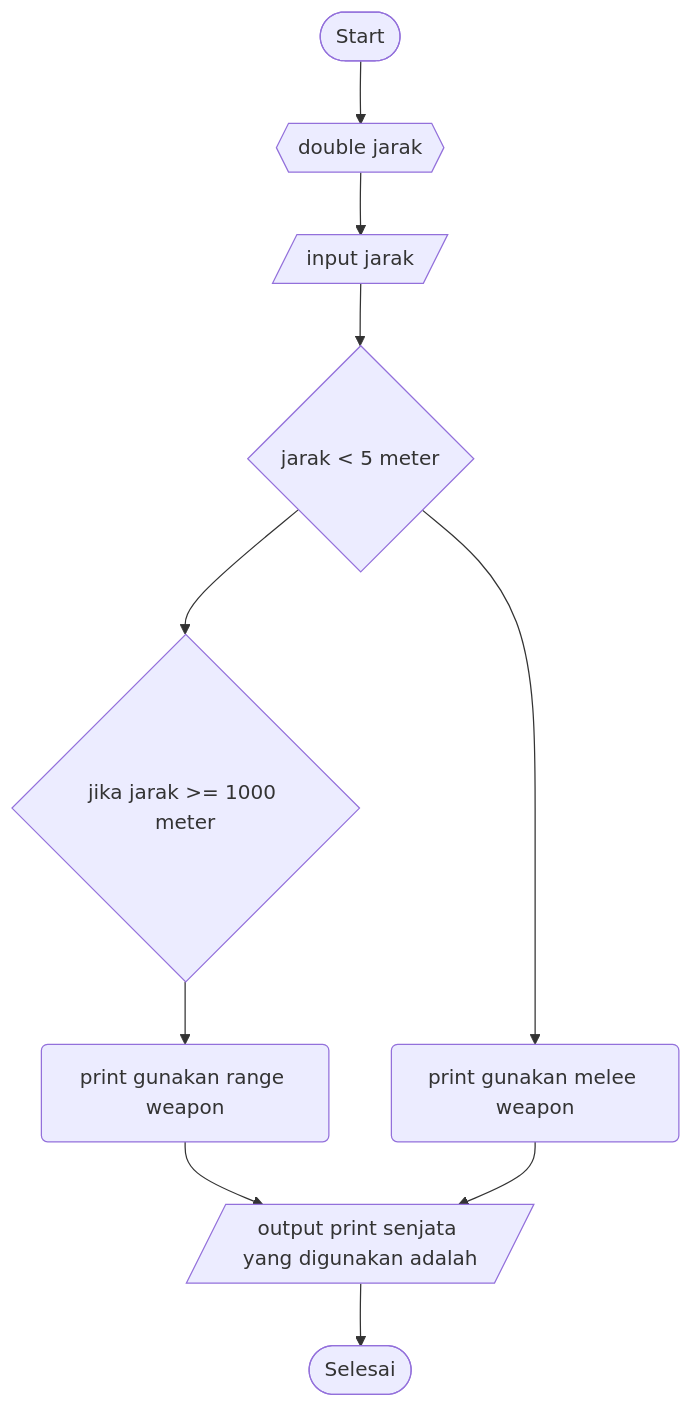
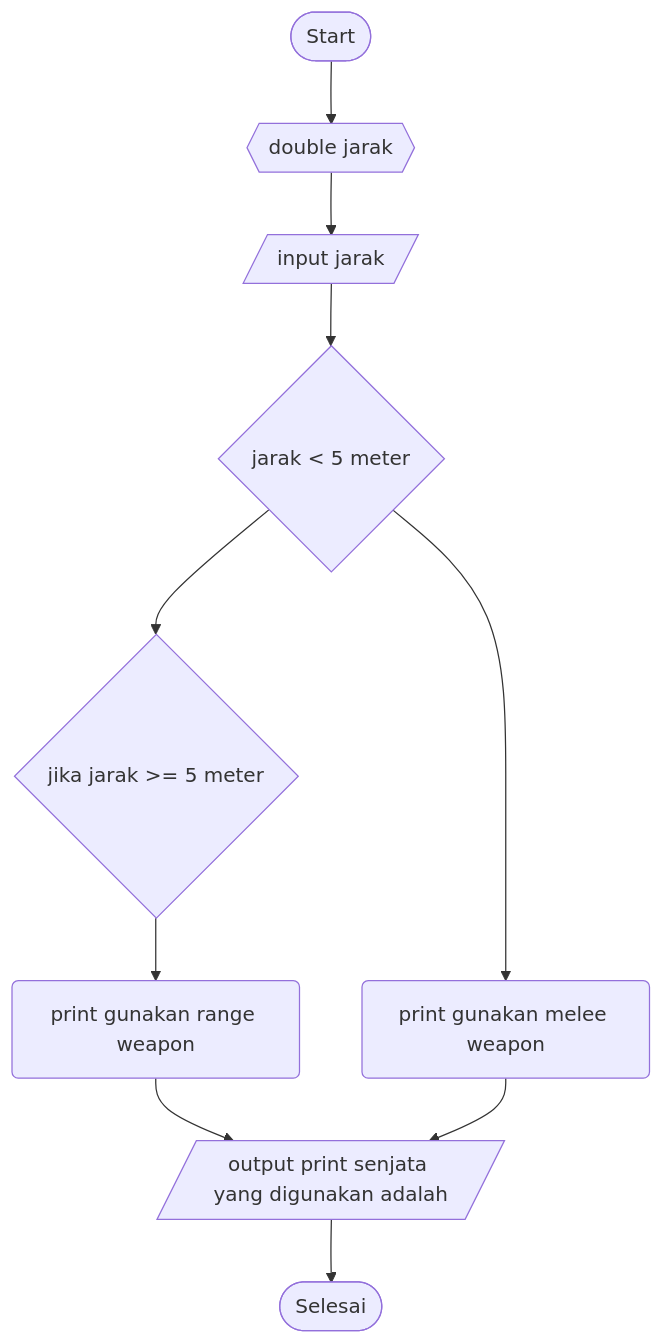
The diagram in JustForFun.md (SATRIODIANNUGROHO/Sample2.1), drawn with Mermaid before and after one commit.

````diff
--- a/JustForFun.md
+++ b/JustForFun.md
@@ -3,12 +3,12 @@
 ```mermaid
 graph TD;
     A([Start])-->B{{double jarak}};
     B{{double jarak}}-->C[/input jarak/];
     C[/input jarak/]-->D{jarak kurang dari 5 meter};
     D{jarak < 5 meter}-->E(print gunakan melee weapon);
-    D{jarak < 5 meter}-->F{jika jarak >= 1000 meter};
-    F{jika jarak >= 1000 meter}-->G(print gunakan range weapon);
+    D{jarak < 5 meter}-->F{jika jarak >= 5 meter};
+    F{jika jarak >= 5 meter}-->G(print gunakan range weapon);
     G(print gunakan range weapon)-->H[/output print senjata yang digunakan adalah/];
     E(print gunakan melee weapon)-->H[/output print senjata yang digunakan adalah/];
     H[/output print senjata yang digunakan adalah/]-->I([Selesai]);
 ```
````
